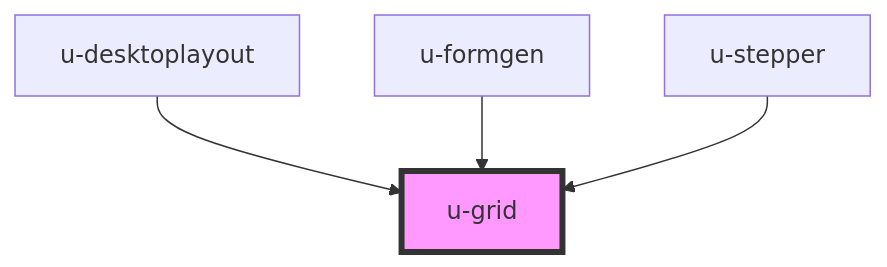
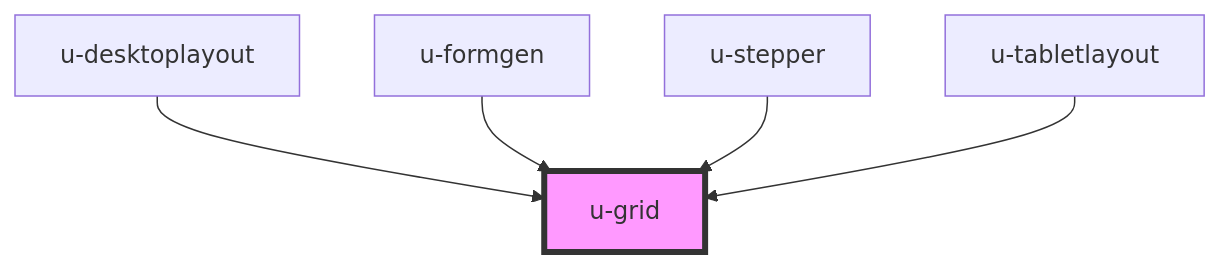
The diagram in src/components/u-grid/readme.md (theUrbans/uniform), drawn with Mermaid before and after one commit. The commit also changed other lines of this file and 12 other files, not shown here.

````diff
--- a/src/components/u-grid/readme.md
+++ b/src/components/u-grid/readme.md
@@ -26,7 +27,8 @@
 ```mermaid
 graph TD;
   u-desktoplayout --> u-grid
   u-formgen --> u-grid
   u-stepper --> u-grid
+  u-tabletlayout --> u-grid
   style u-grid fill:#f9f,stroke:#333,stroke-width:4px
 ```
````
